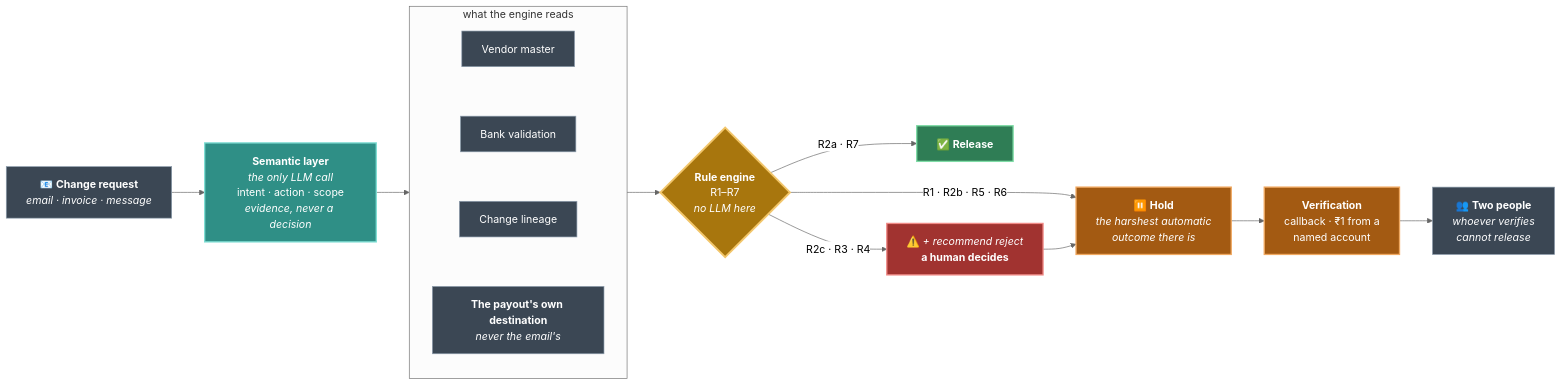
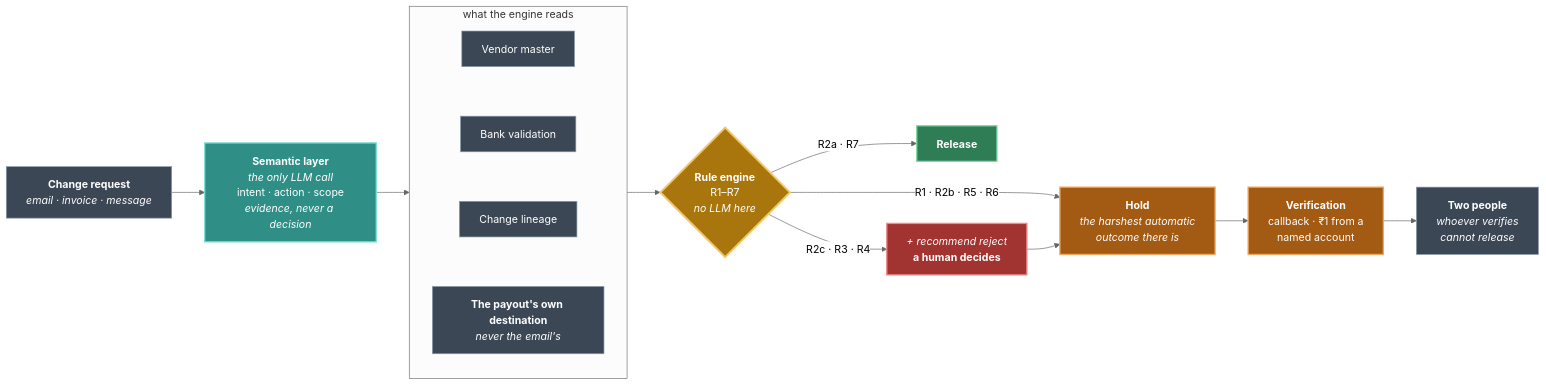
One commit to vidit-16/BaseDrift changed the diagram in README.md. Above: the diagram before and after it, drawn with Mermaid (neutral theme). The commit also changed other lines of this file and 9 other files, not shown here.

````diff
--- a/README.md
+++ b/README.md
@@ -121,41 +121,41 @@
 ```mermaid
 flowchart LR
-    REQ["📧 <b>Change request</b><br/><i>email · invoice · message</i>"]
+    REQ["<b>Change request</b><br/><i>email · invoice · message</i>"]
     LLM["<b>Semantic layer</b><br/><i>the only LLM call</i><br/>intent · action · scope<br/><i>evidence, never a decision</i>"]
 
     subgraph EV ["what the engine reads"]
         direction TB
         VM["Vendor master"]
         FAV["Bank validation"]
         LIN["Change lineage"]
         DEST["<b>The payout's own destination</b><br/><i>never the email's</i>"]
         VM ~~~ FAV ~~~ LIN ~~~ DEST
     end
 
     ENGINE{"<b>Rule engine</b><br/>R1–R7<br/><i>no LLM here</i>"}
-    ALLOW["✅ <b>Release</b>"]
-    HOLD["⏸️ <b>Hold</b><br/><i>the harshest automatic<br/>outcome there is</i>"]
-    REC["⚠️ <i>+ recommend reject</i><br/><b>a human decides</b>"]
+    ALLOW["<b>Release</b>"]
+    HOLD["<b>Hold</b><br/><i>the harshest automatic<br/>outcome there is</i>"]
+    REC["<i>+ recommend reject</i><br/><b>a human decides</b>"]
     VERIFY["<b>Verification</b><br/>callback · ₹1 from a<br/>named account"]
-    HUMAN["👥 <b>Two people</b><br/><i>whoever verifies<br/>cannot release</i>"]
+    HUMAN["<b>Two people</b><br/><i>whoever verifies<br/>cannot release</i>"]
 
     REQ --> LLM --> EV --> ENGINE
     ENGINE -->|"R2a · R7"| ALLOW
     ENGINE -->|"R1 · R2b · R5 · R6"| HOLD
     ENGINE -->|"R2c · R3 · R4"| REC
     REC --> HOLD --> VERIFY --> HUMAN
 
     classDef model fill:#2f8f86,stroke:#7fded4,stroke-width:2px,color:#ffffff
     classDef engine fill:#a8760d,stroke:#f2c66b,stroke-width:3px,color:#ffffff
     classDef good fill:#2f7d55,stroke:#7fdca6,stroke-width:2px,color:#ffffff
     classDef hold fill:#a35a12,stroke:#f0a860,stroke-width:2px,color:#ffffff
     classDef danger fill:#a13330,stroke:#f08a86,stroke-width:2px,color:#ffffff
     classDef plain fill:#3b4754,stroke:#8b9bab,stroke-width:1px,color:#ffffff
 
     class LLM model
     class ENGINE engine
     class ALLOW good
     class HOLD,VERIFY hold
     class REC danger
     class REQ,VM,FAV,LIN,DEST,HUMAN plain
 ```
````
